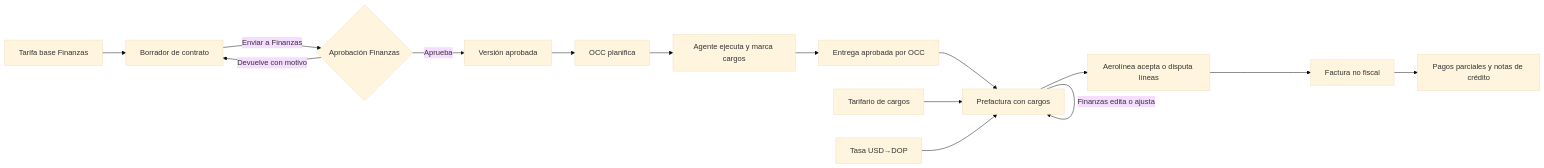
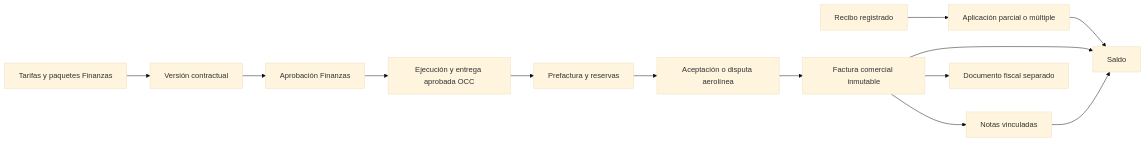
One commit to ErickEduardo027/ELEVANT changed the diagram in Vault/03-dominio/finanzas-tarifas-cargos-y-cobros.md. Above: the diagram before and after it, drawn with Mermaid (base theme). The commit also changed other lines of this file and 8 other files, not shown here.

Commit message:
docs(finance): document adapted flows fiscal activation and recovery

````diff
--- a/Vault/03-dominio/finanzas-tarifas-cargos-y-cobros.md
+++ b/Vault/03-dominio/finanzas-tarifas-cargos-y-cobros.md
@@ -50,17 +58,15 @@
 ```mermaid
 flowchart LR
-    TB[Tarifa base Finanzas] --> CV[Borrador de contrato]
-    CV -->|Enviar a Finanzas| FA{Aprobación Finanzas}
-    FA -->|Aprueba| AC[Versión aprobada]
-    FA -->|Devuelve con motivo| CV
-    AC --> OCC[OCC planifica]
-    OCC --> RA[Agente ejecuta y marca cargos]
-    RA --> EV[Entrega aprobada por OCC]
-    EV --> PF[Prefactura con cargos]
-    CT[Tarifario de cargos] --> PF
-    FX[Tasa USD→DOP] --> PF
-    PF -->|Finanzas edita o ajusta| PF
-    PF --> PA[Aerolínea acepta o disputa líneas]
-    PA --> FC[Factura no fiscal]
-    FC --> CO[Pagos parciales y notas de crédito]
+    TB[Tarifas y paquetes Finanzas] --> CV[Versión contractual]
+    CV --> FA[Aprobación Finanzas]
+    FA --> OP[Ejecución y entrega aprobada OCC]
+    OP --> PF[Prefactura y reservas]
+    PF --> PA[Aceptación o disputa aerolínea]
+    PA --> FC[Factura comercial inmutable]
+    FC --> NT[Notas vinculadas]
+    RC[Recibo registrado] --> AP[Aplicación parcial o múltiple]
+    AP --> SA[Saldo]
+    FC --> SA
+    NT --> SA
+    FC --> FS[Documento fiscal separado]
 ```
````
